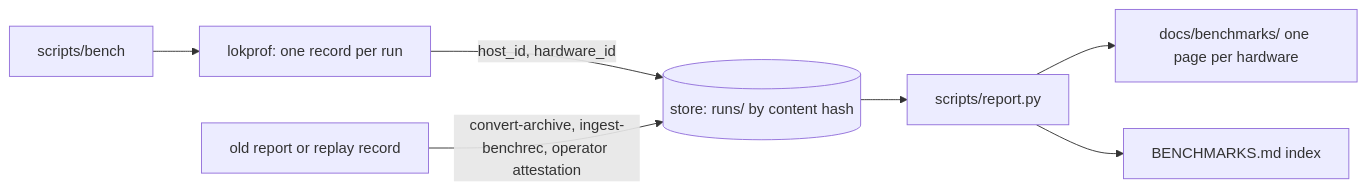
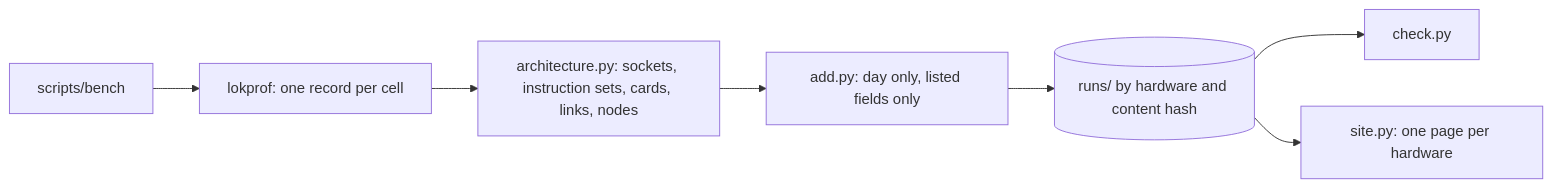
One commit to loken-ai/benchmarks changed the diagram in docs/BENCHMARKING.md. Above: the diagram before and after it, drawn with Mermaid. The commit also changed other lines of this file and 2 other files, not shown here.

````diff
--- a/docs/BENCHMARKING.md
+++ b/docs/BENCHMARKING.md
@@ -56,9 +80,9 @@
 ```mermaid
 flowchart LR
-    D["scripts/bench"] --> A["lokprof: one record per run"]
-    A -->|"host_id, hardware_id"| S[("store: runs/ by content hash")]
-    O["old report or replay record"] -->|"convert-archive, ingest-benchrec, operator attestation"| S
-    S --> R["scripts/report.py"]
-    R --> P["docs/benchmarks/ one page per hardware"]
-    R --> I["BENCHMARKS.md index"]
+    D["scripts/bench"] --> L["lokprof: one record per cell"]
+    L --> E["architecture.py: sockets, instruction sets, cards, links, nodes"]
+    E --> A["add.py: day only, listed fields only"]
+    A --> S[("runs/ by hardware and content hash")]
+    S --> C["check.py"]
+    S --> W["site.py: one page per hardware"]
 ```
````
